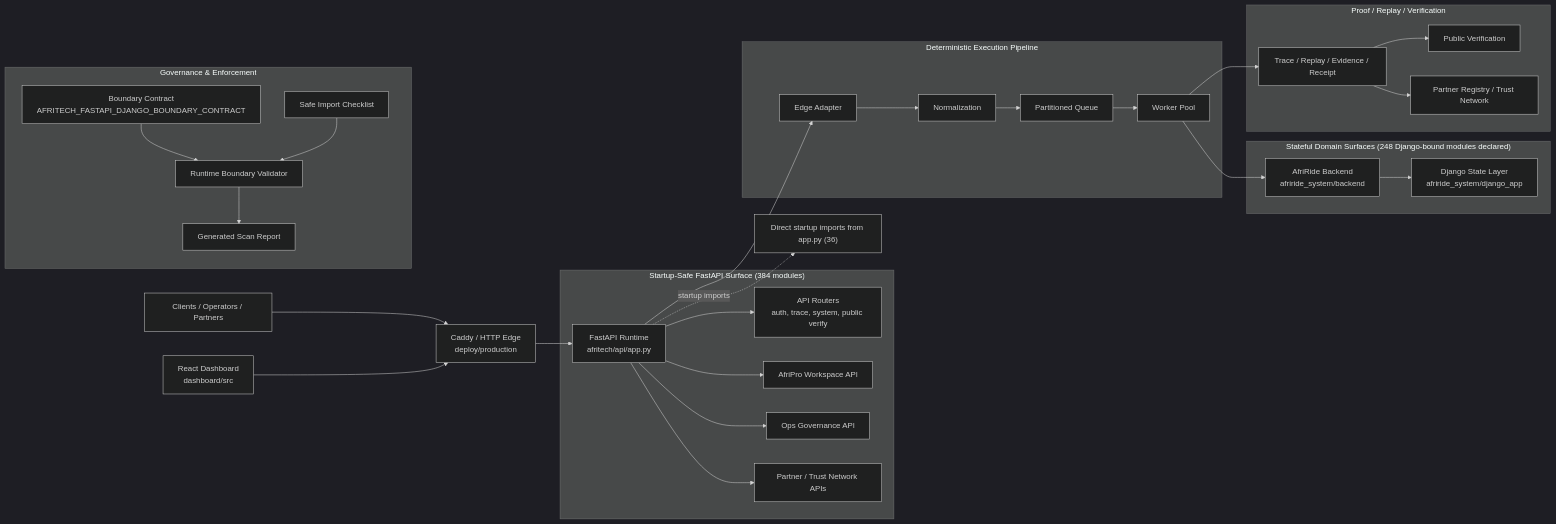
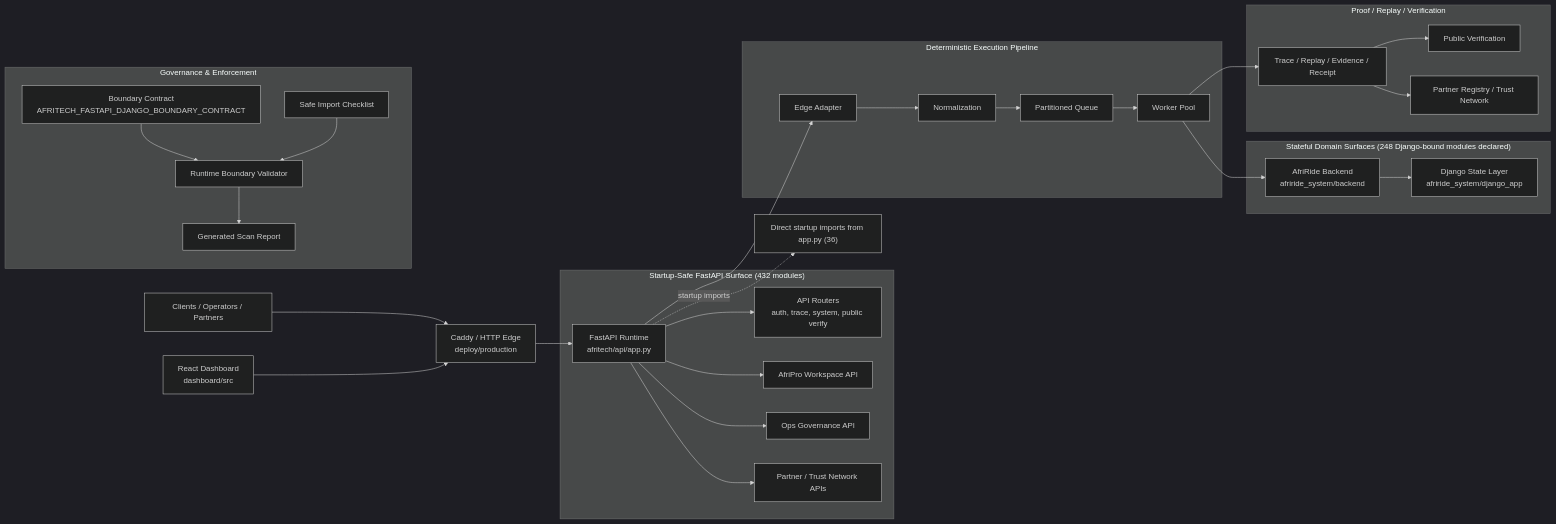
Before and after one commit to Strelly2023/afritelematics: the first of 2 diagrams in docs/architecture/AFRITECH_FULL_ARCHITECTURE_GRAPH.md, drawn with Mermaid (dark theme). The commit also changed other lines of this file and 15 other files, not shown here.

````diff
--- a/docs/architecture/AFRITECH_FULL_ARCHITECTURE_GRAPH.md
+++ b/docs/architecture/AFRITECH_FULL_ARCHITECTURE_GRAPH.md
@@ -22,39 +22,39 @@
 ```mermaid
 flowchart LR
     Client["Clients / Operators / Partners"] --> Edge["Caddy / HTTP Edge\ndeploy/production"]
     Dashboard["React Dashboard\ndashboard/src"] --> Edge
     Edge --> App["FastAPI Runtime\nafritech/api/app.py"]
 
-    subgraph FastAPI["Startup-Safe FastAPI Surface (384 modules)"]
+    subgraph FastAPI["Startup-Safe FastAPI Surface (432 modules)"]
         App --> Api["API Routers\nauth, trace, system, public verify"]
         App --> Workspace["AfriPro Workspace API"]
         App --> Governance["Ops Governance API"]
         App --> Trust["Partner / Trust Network APIs"]
     end
 
     subgraph Pipeline["Deterministic Execution Pipeline"]
         App --> Adapt["Edge Adapter"]
         Adapt --> Normalize["Normalization"]
         Normalize --> Queue["Partitioned Queue"]
         Queue --> Worker["Worker Pool"]
     end
 
     subgraph State["Stateful Domain Surfaces (248 Django-bound modules declared)"]
         Worker --> Domain["AfriRide Backend\nafriride_system/backend"]
         Domain --> Django["Django State Layer\nafriride_system/django_app"]
     end
 
     subgraph Proof["Proof / Replay / Verification"]
         Worker --> Trace["Trace / Replay / Evidence / Receipt"]
         Trace --> Public["Public Verification"]
         Trace --> Registry["Partner Registry / Trust Network"]
     end
 
     subgraph GovernancePlane["Governance & Enforcement"]
         Contract["Boundary Contract\nAFRITECH_FASTAPI_DJANGO_BOUNDARY_CONTRACT"] --> Validator["Runtime Boundary Validator"]
         Checklist["Safe Import Checklist"] --> Validator
         Validator --> Review["Generated Scan Report"]
     end
 
     App -. startup imports .-> Imports["Direct startup imports from app.py (36)"]
 ```
````
